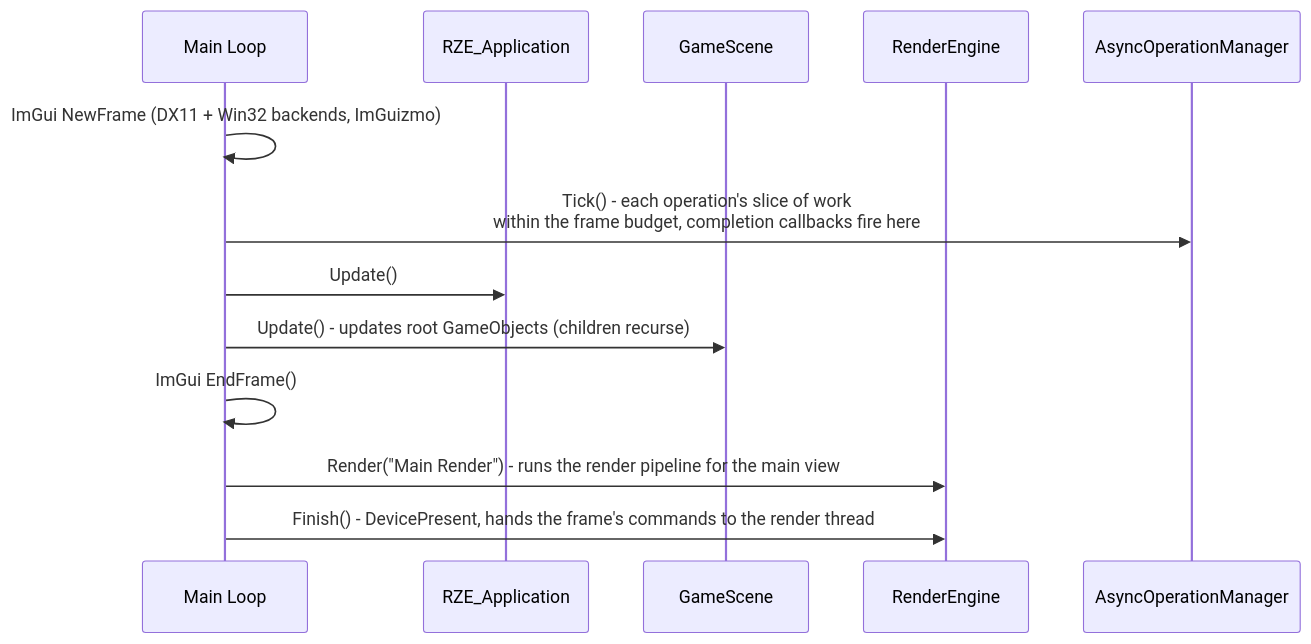
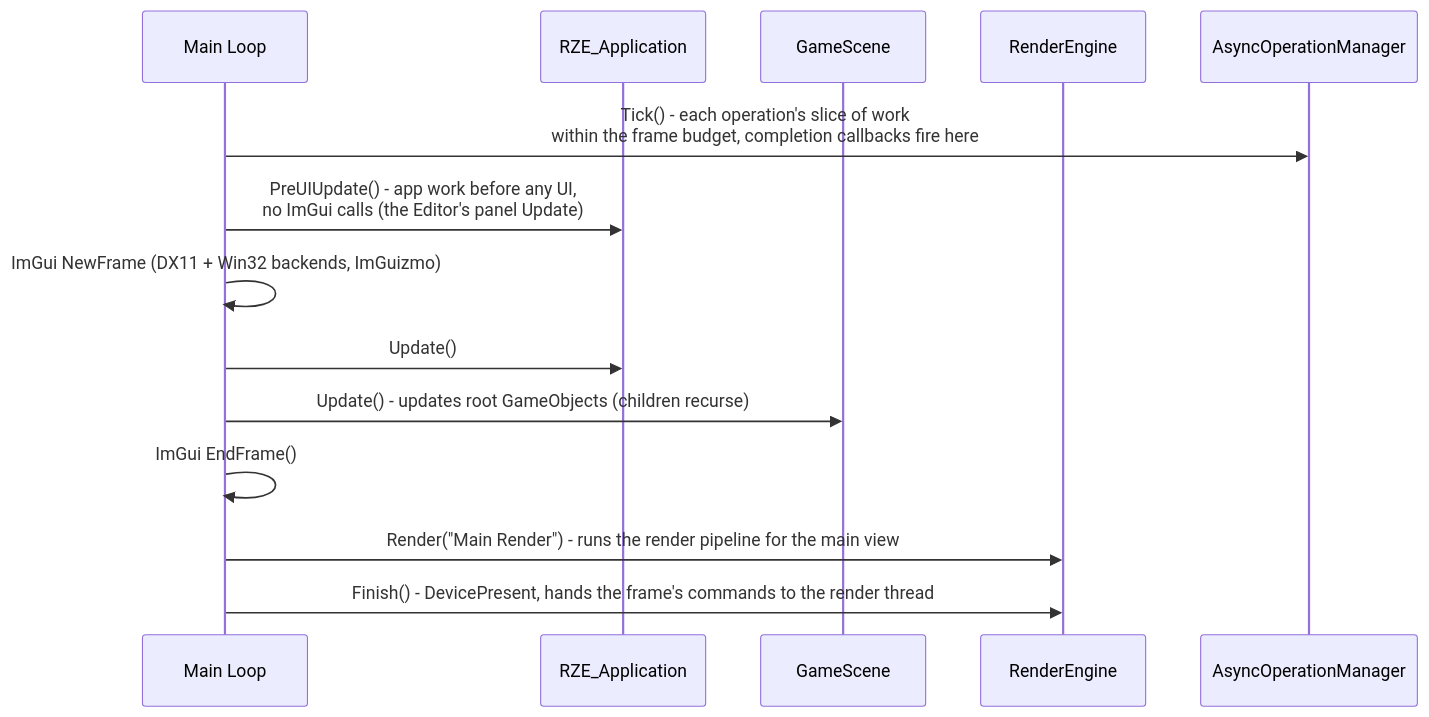
One commit to b1nary0/RZE changed the third of 4 diagrams in Docs/Generated/Engine/02-Architecture/Engine-Startup-And-Frame-Loop.md. Above: the diagram before and after it, drawn with Mermaid. The commit also changed other lines of this file and 18 other files, not shown here.

````diff
--- a/Docs/Generated/Engine/02-Architecture/Engine-Startup-And-Frame-Loop.md
+++ b/Docs/Generated/Engine/02-Architecture/Engine-Startup-And-Frame-Loop.md
@@ -99,17 +99,18 @@
 ```mermaid
 %%{init: {'flowchart': {'subGraphTitleMargin': {'top': 6, 'bottom': 10}}, 'themeCSS': '.labelBkg, .edgeLabel { background-color: var(--background-primary) !important; } .messageText, .labelText, .loopText { paint-order: stroke; stroke: var(--background-primary); stroke-width: 5px; stroke-linejoin: round; }'}}%%
 sequenceDiagram
     participant ML as Main Loop
     participant App as RZE_Application
     participant Scene as GameScene
     participant RE as RenderEngine
     participant Async as AsyncOperationManager
 
+    ML->>Async: Tick() - each operation's slice of work<br/>within the frame budget, completion callbacks fire here
+    ML->>App: PreUIUpdate() - app work before any UI,<br/>no ImGui calls (the Editor's panel Update)
     ML->>ML: ImGui NewFrame (DX11 + Win32 backends, ImGuizmo)
-    ML->>Async: Tick() - each operation's slice of work<br/>within the frame budget, completion callbacks fire here
     ML->>App: Update()
     ML->>Scene: Update() - updates root GameObjects (children recurse)
     ML->>ML: ImGui EndFrame()
     ML->>RE: Render("Main Render") - runs the render pipeline for the main view
     ML->>RE: Finish() - DevicePresent, hands the frame's commands to the render thread
 ```
````
